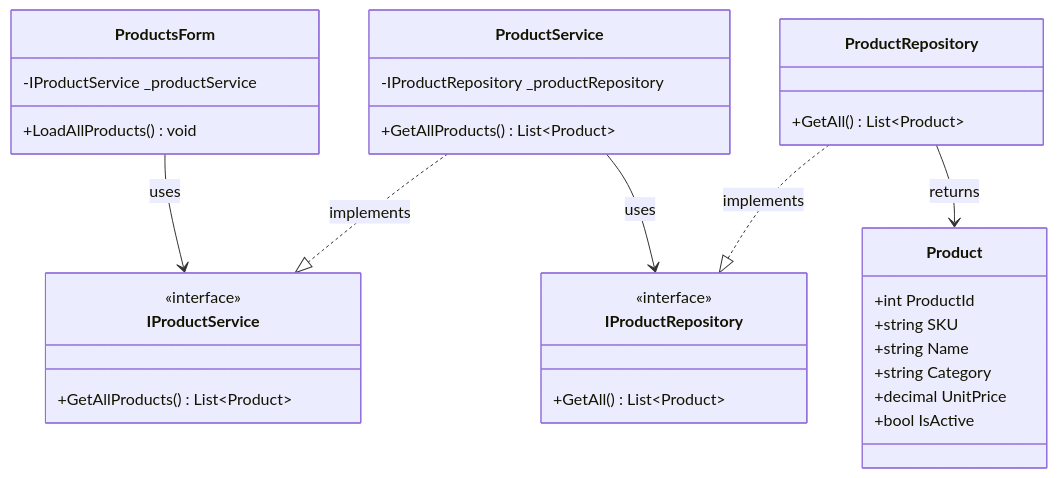
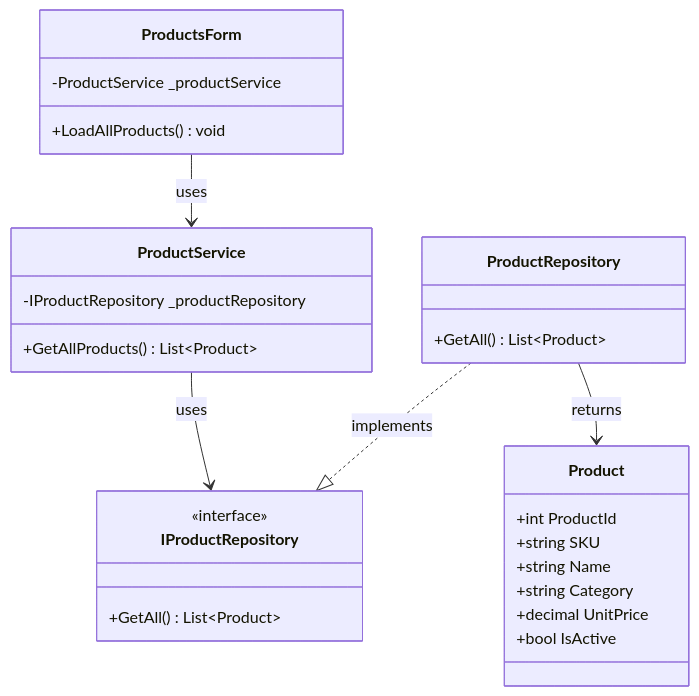
The seventh of 16 diagrams in Documentation/UML_Diagrams/13_Products_UseCases.md (nahuk86/tp_diploma_nk_2026), drawn with Mermaid before and after one commit. The commit also changed other lines of this file and 5 other files, not shown here.

First line of the commit message:
Fix UML documentation: remove non-existent BLL service interfaces

````diff
--- a/Documentation/UML_Diagrams/13_Products_UseCases.md
+++ b/Documentation/UML_Diagrams/13_Products_UseCases.md
@@ -281,41 +259,36 @@
 ```mermaid
 classDiagram
     class ProductsForm {
-        -IProductService _productService
+        -ProductService _productService
         +LoadAllProducts() void
     }
 
-    class IProductService {
-        <<interface>>
-        +GetAllProducts() List~Product~
-    }
 
     class ProductService {
         -IProductRepository _productRepository
         +GetAllProducts() List~Product~
     }
 
     class IProductRepository {
         <<interface>>
         +GetAll() List~Product~
     }
 
     class ProductRepository {
         +GetAll() List~Product~
     }
 
     class Product {
         +int ProductId
         +string SKU
         +string Name
         +string Category
         +decimal UnitPrice
         +bool IsActive
     }
 
-    ProductsForm --> IProductService : uses
-    ProductService ..|> IProductService : implements
+    ProductsForm --> ProductService : uses
     ProductService --> IProductRepository : uses
     ProductRepository ..|> IProductRepository : implements
     ProductRepository --> Product : returns
 ```
````
